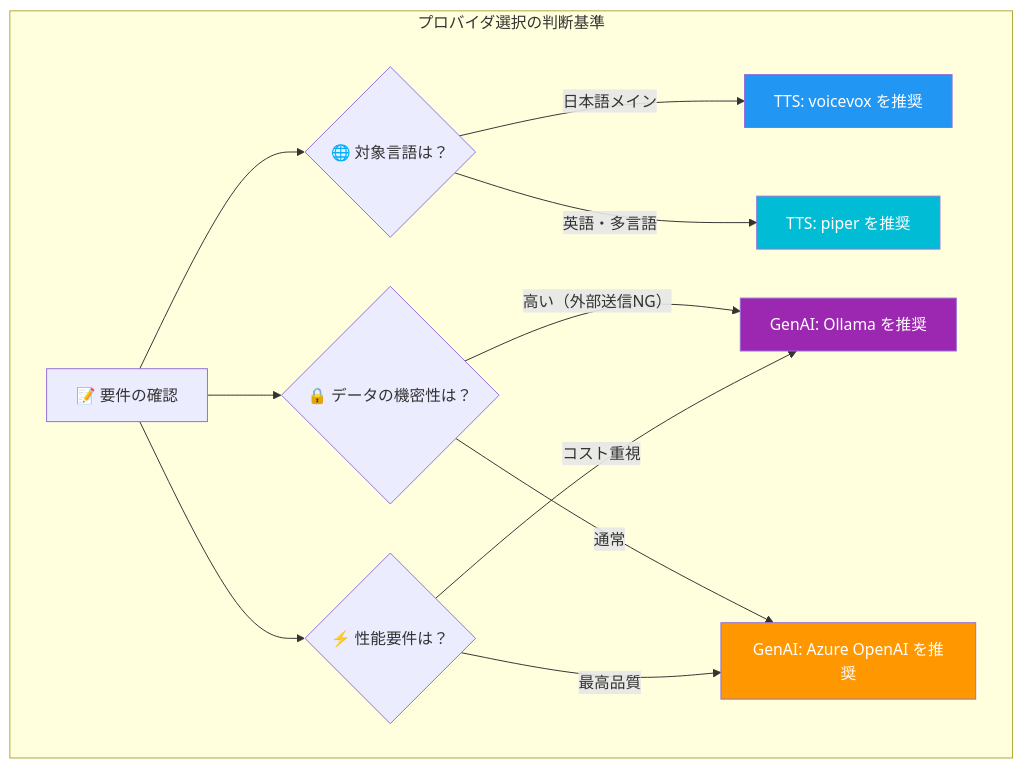
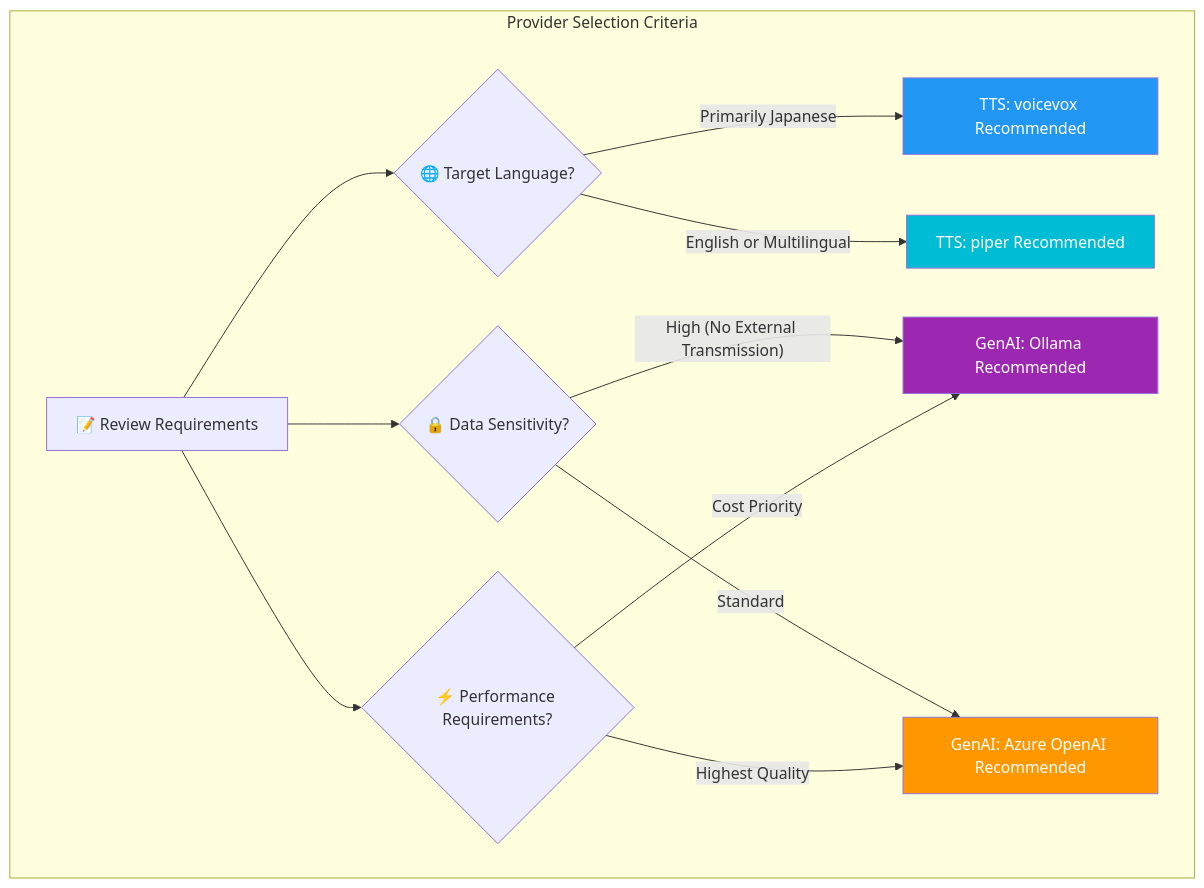
The sixth of 12 diagrams in infra/scenarios/azure_inclusive_ai_labs/README.md (ks6088ts/template-terraform), drawn with Mermaid before and after one commit. The commit also changed other lines of this file and 28 other files, not shown here.

First line of the commit message:
Add Japanese README files for various Azure scenarios and update existing ones

````diff
--- a/infra/scenarios/azure_inclusive_ai_labs/README.md
+++ b/infra/scenarios/azure_inclusive_ai_labs/README.md
@@ -235,22 +235,22 @@
 ```mermaid
 flowchart TD
-    subgraph Selection["プロバイダ選択の判断基準"]
-        Start["📝 要件の確認"] --> Lang{"🌐 対象言語は？"}
+    subgraph Selection["Provider Selection Criteria"]
+        Start["📝 Review Requirements"] --> Lang{"🌐 Target Language?"}
 
-        Lang -->|"日本語メイン"| TTS_JP["TTS: voicevox を推奨"]
-        Lang -->|"英語・多言語"| TTS_ML["TTS: piper を推奨"]
+        Lang -->|"Primarily Japanese"| TTS_JP["TTS: voicevox Recommended"]
+        Lang -->|"English or Multilingual"| TTS_ML["TTS: piper Recommended"]
 
-        Start --> Privacy{"🔒 データの機密性は？"}
-        Privacy -->|"高い（外部送信NG）"| LLM_Local["GenAI: Ollama を推奨"]
-        Privacy -->|"通常"| LLM_Cloud["GenAI: Azure OpenAI を推奨"]
+        Start --> Privacy{"🔒 Data Sensitivity?"}
+        Privacy -->|"High (No External Transmission)"| LLM_Local["GenAI: Ollama Recommended"]
+        Privacy -->|"Standard"| LLM_Cloud["GenAI: Azure OpenAI Recommended"]
 
-        Start --> Performance{"⚡ 性能要件は？"}
-        Performance -->|"最高品質"| LLM_Cloud
-        Performance -->|"コスト重視"| LLM_Local
+        Start --> Performance{"⚡ Performance Requirements?"}
+        Performance -->|"Highest Quality"| LLM_Cloud
+        Performance -->|"Cost Priority"| LLM_Local
     end
 
     style TTS_JP fill:#2196F3,color:#fff
     style TTS_ML fill:#00BCD4,color:#fff
     style LLM_Local fill:#9C27B0,color:#fff
     style LLM_Cloud fill:#FF9800,color:#fff
 ```
````
